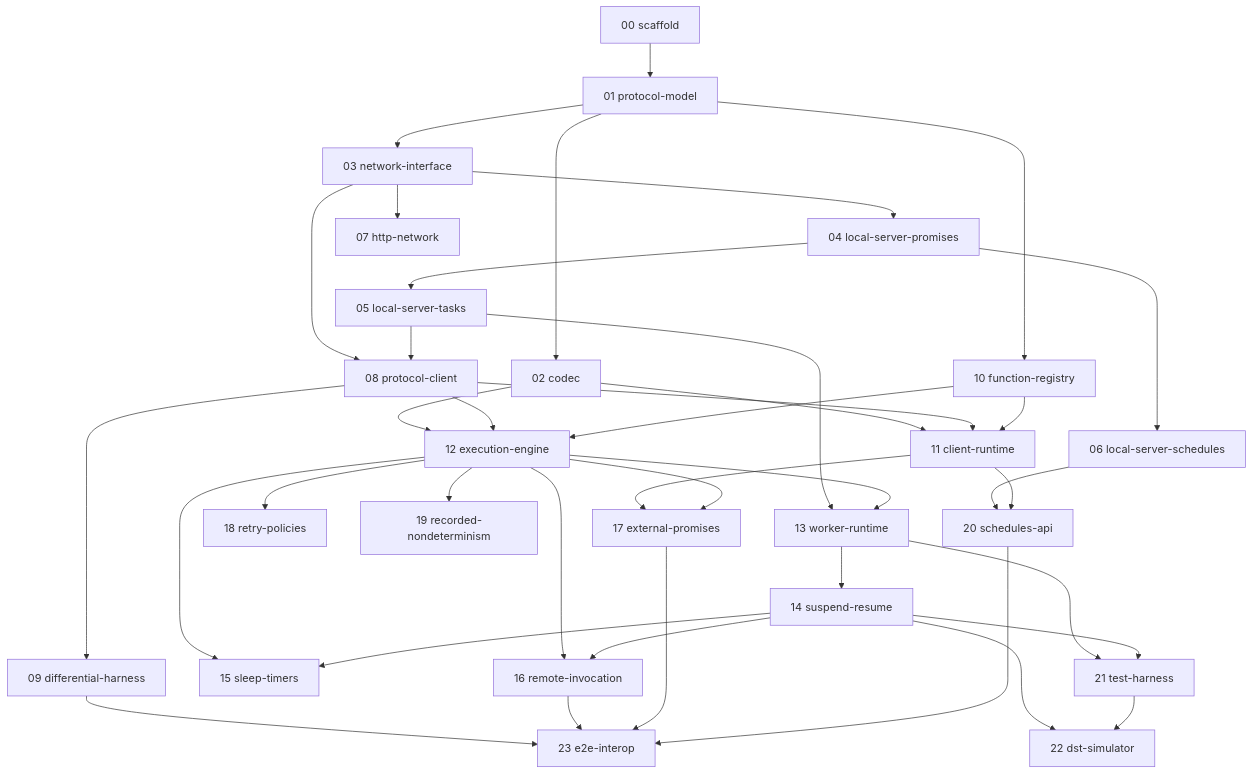
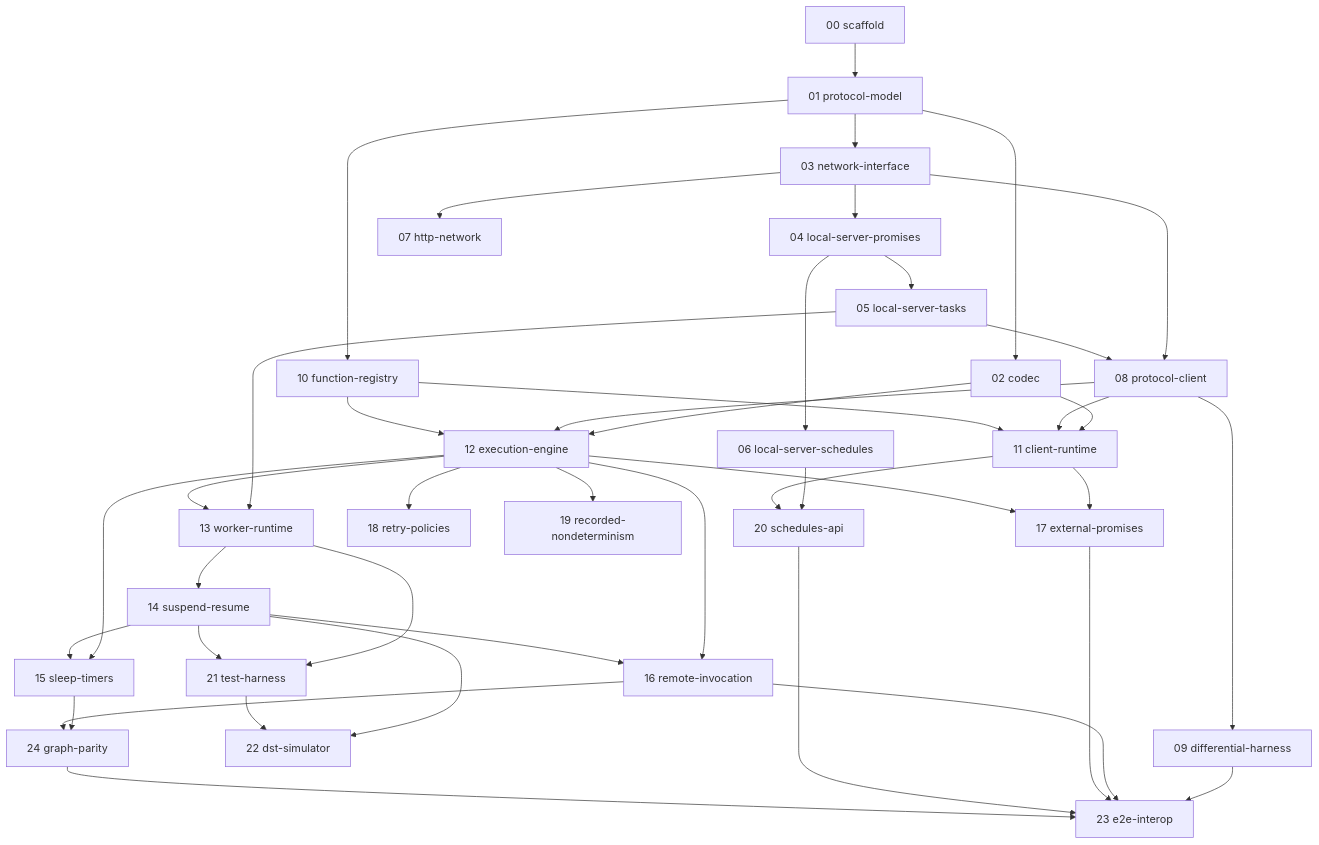
The diagram in docs/plan/README.md (erikshestopal/effect-resonate), drawn with Mermaid before and after one commit. The commit also changed other lines of this file and 1 other file, not shown here.

First line of the commit message:
docs(plan): add definition of done + spec 24 dual-run graph parity

````diff
--- a/docs/plan/README.md
+++ b/docs/plan/README.md
@@ -53,41 +72,44 @@
 ```mermaid
 graph TD
   S00[00 scaffold] --> S01[01 protocol-model]
   S01 --> S02[02 codec]
   S01 --> S03[03 network-interface]
   S01 --> S10[10 function-registry]
   S03 --> S04[04 local-server-promises]
   S03 --> S07[07 http-network]
   S03 --> S08[08 protocol-client]
   S04 --> S05[05 local-server-tasks]
   S04 --> S06[06 local-server-schedules]
   S05 --> S08
   S08 --> S09[09 differential-harness]
   S02 --> S11[11 client-runtime]
   S02 --> S12[12 execution-engine]
   S08 --> S11
   S08 --> S12
   S10 --> S11
   S10 --> S12
   S05 --> S13[13 worker-runtime]
   S12 --> S13
   S13 --> S14[14 suspend-resume]
   S12 --> S15[15 sleep-timers]
   S14 --> S15
   S12 --> S16[16 remote-invocation]
   S14 --> S16
   S11 --> S17[17 external-promises]
   S12 --> S17
   S12 --> S18[18 retry-policies]
   S12 --> S19[19 recorded-nondeterminism]
   S06 --> S20[20 schedules-api]
   S11 --> S20
   S13 --> S21[21 test-harness]
   S14 --> S21
   S14 --> S22[22 dst-simulator]
   S21 --> S22
   S09 --> S23[23 e2e-interop]
   S16 --> S23
   S17 --> S23
   S20 --> S23
+  S15 --> S24[24 graph-parity]
+  S16 --> S24
+  S24 --> S23
 ```
````
